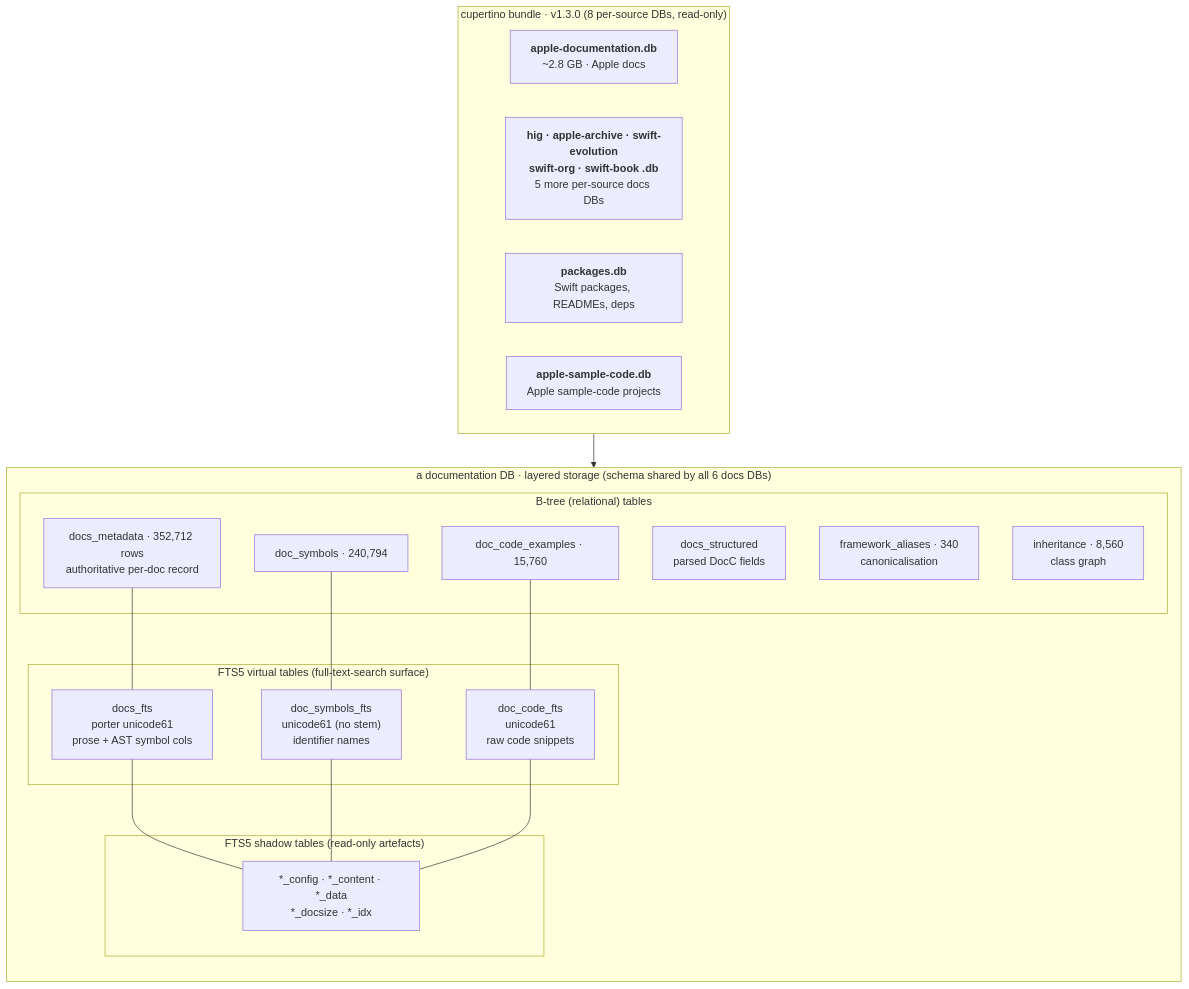
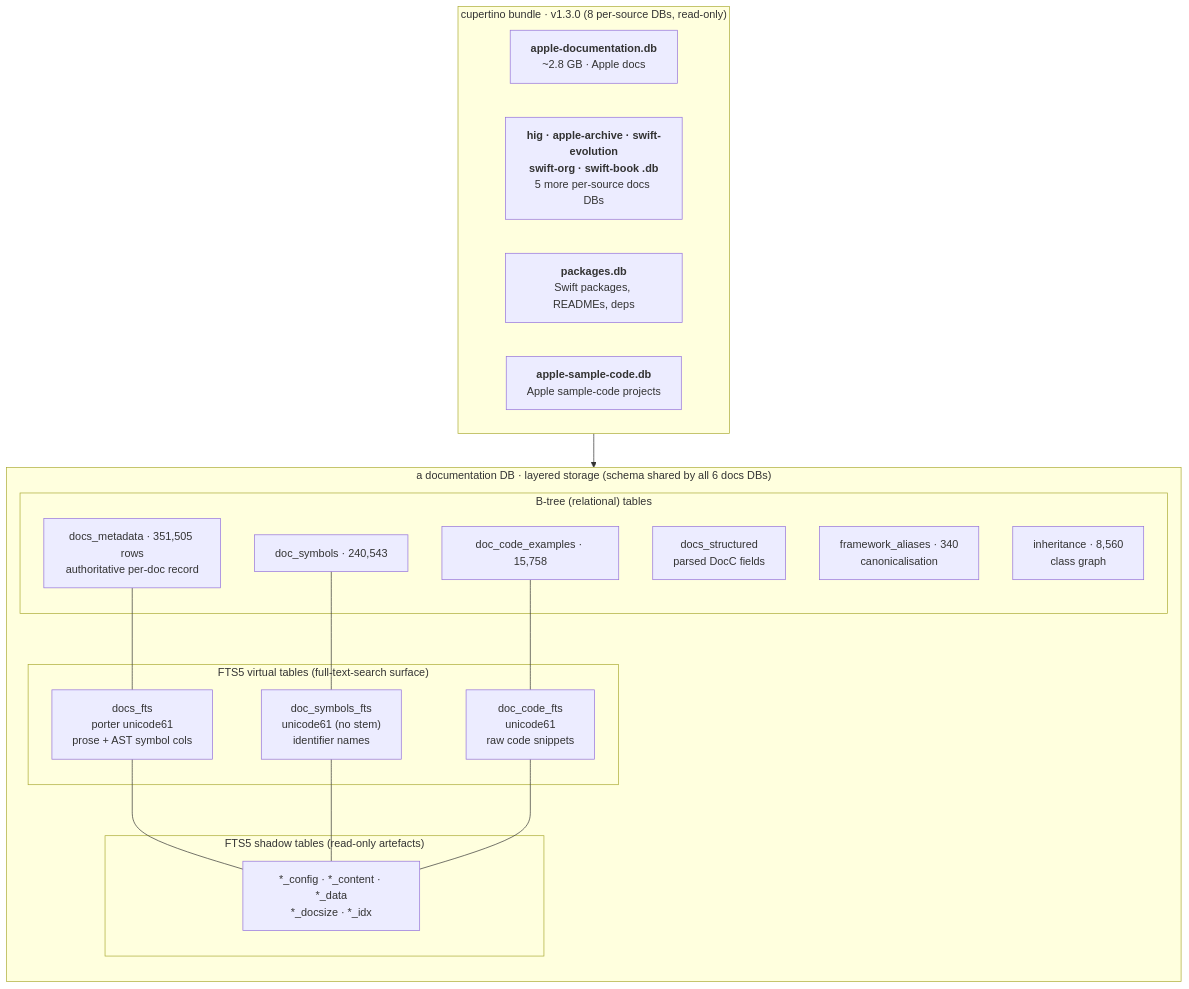
The first of 2 diagrams in docs/architecture/database.md (mihaelamj/cupertino), drawn with Mermaid before and after one commit. The commit also changed other lines of this file, not shown here.

First line of the commit message:
docs(database): refresh section 3.1 cardinality table + diagram to v1.3.0

````diff
--- a/docs/architecture/database.md
+++ b/docs/architecture/database.md
@@ -44,38 +44,38 @@
 ```mermaid
 flowchart TB
     subgraph Bundle["cupertino bundle · v1.3.0 (8 per-source DBs, read-only)"]
         direction LR
         SDB["<b>apple-documentation.db</b><br/>~2.8 GB · Apple docs"]
         ODB["<b>hig · apple-archive · swift-evolution<br/>swift-org · swift-book .db</b><br/>5 more per-source docs DBs"]
         PDB["<b>packages.db</b><br/>Swift packages, READMEs, deps"]
         XDB["<b>apple-sample-code.db</b><br/>Apple sample-code projects"]
     end
 
     subgraph SearchDB["a documentation DB · layered storage (schema shared by all 6 docs DBs)"]
         direction TB
         subgraph Relational["B-tree (relational) tables"]
-            DM["docs_metadata · 352,712 rows<br/>authoritative per-doc record"]
+            DM["docs_metadata · 351,505 rows<br/>authoritative per-doc record"]
             DS["docs_structured<br/>parsed DocC fields"]
             FA["framework_aliases · 340<br/>canonicalisation"]
             IN["inheritance · 8,560<br/>class graph"]
-            CE["doc_code_examples · 15,760"]
-            SY["doc_symbols · 240,794"]
+            CE["doc_code_examples · 15,758"]
+            SY["doc_symbols · 240,543"]
         end
         subgraph FTS["FTS5 virtual tables (full-text-search surface)"]
             DF["docs_fts<br/>porter unicode61<br/>prose + AST symbol cols"]
             SF["doc_symbols_fts<br/>unicode61 (no stem)<br/>identifier names"]
             CF["doc_code_fts<br/>unicode61<br/>raw code snippets"]
         end
         subgraph Shadow["FTS5 shadow tables (read-only artefacts)"]
             SH["*_config · *_content · *_data<br/>*_docsize · *_idx"]
         end
         DM --- DF
         SY --- SF
         CE --- CF
         DF --- SH
         SF --- SH
         CF --- SH
     end
 
     SDB --> SearchDB
 ```
````
